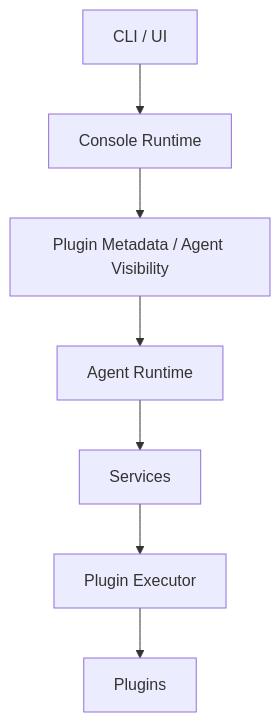
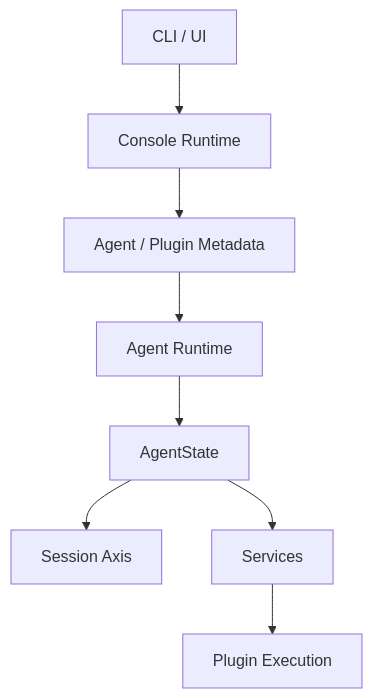
The third of 3 diagrams in homepage/content/devdocs/zh/package/runtime-evolution.mdx (wangenius/downcity), drawn with Mermaid before and after one commit. The commit also changed other lines of this file and 37 other files, not shown here.

````diff
--- a/homepage/content/devdocs/zh/package/runtime-evolution.mdx
+++ b/homepage/content/devdocs/zh/package/runtime-evolution.mdx
@@ -185,9 +157,10 @@
 ```mermaid
 flowchart TD
   CLI["CLI / UI"] --> CONSOLE["Console Runtime"]
-  CONSOLE --> META["Plugin Metadata / Agent Visibility"]
+  CONSOLE --> META["Agent / Plugin Metadata"]
   META --> AGENT["Agent Runtime"]
-  AGENT --> SVC["Services"]
-  SVC --> PX["Plugin Executor"]
-  PX --> PLUGINS["Plugins"]
+  AGENT --> AST["AgentState"]
+  AST --> SESS["Session Axis"]
+  AST --> SVC["Services"]
+  SVC --> PX["Plugin Execution"]
 ```
````
